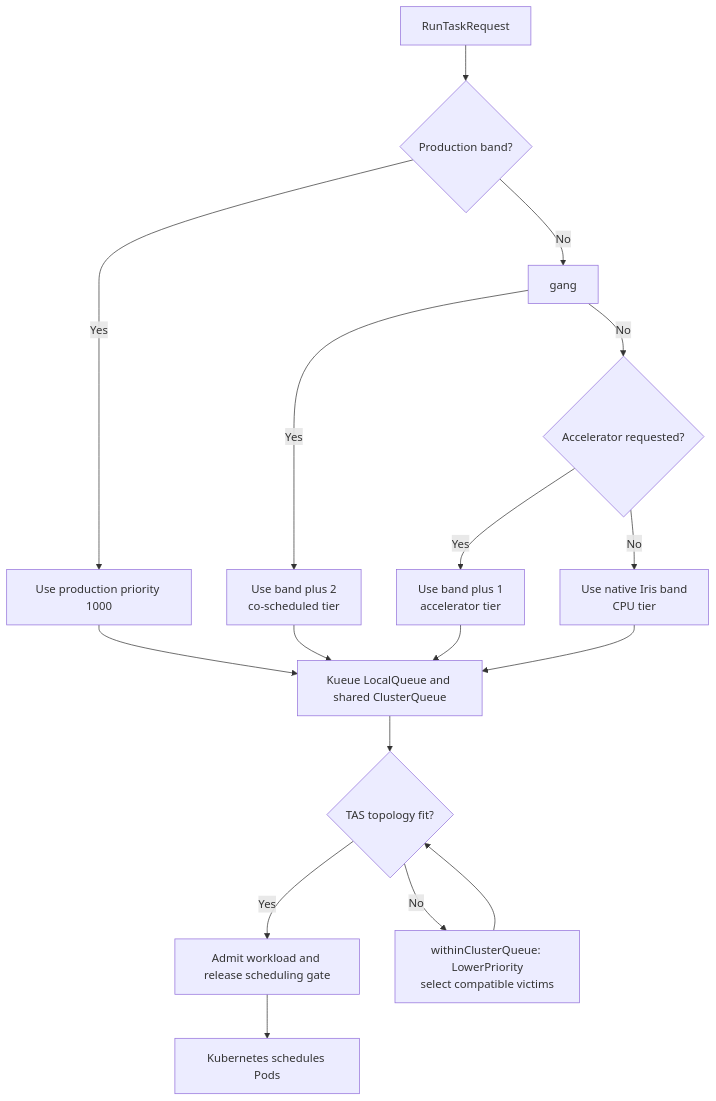
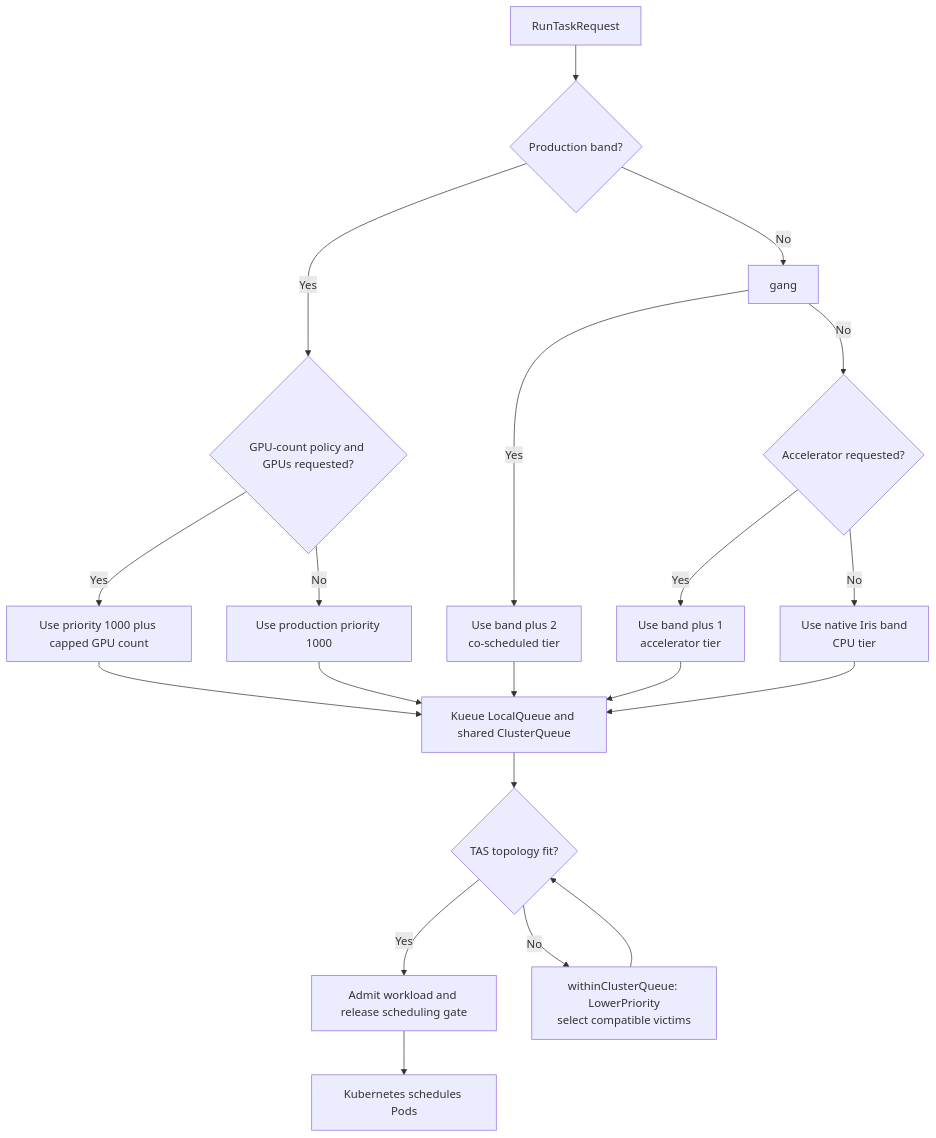
Before and after one commit to marin-community/marin: the diagram in lib/iris/docs/coreweave.md, drawn with Mermaid. The commit also changed other lines of this file and 8 other files, not shown here.

First line of the commit message:
[iris] Prioritize East08 production workloads by GPU count

````diff
--- a/lib/iris/docs/coreweave.md
+++ b/lib/iris/docs/coreweave.md
@@ -190,19 +199,22 @@
 ```mermaid
 flowchart TD
     request[RunTaskRequest] --> production{Production band?}
-    production -- Yes --> prod[Use production priority 1000]
+    production -- Yes --> gpuPolicy{GPU-count policy and GPUs requested?}
+    gpuPolicy -- Yes --> weighted[Use priority 1000 plus capped GPU count]
+    gpuPolicy -- No --> prod[Use production priority 1000]
     production -- No --> gang
     gang -- Yes --> native[Use band plus 2<br/>co-scheduled tier]
     gang -- No --> accelerator{Accelerator requested?}
     accelerator -- Yes --> gpu[Use band plus 1<br/>accelerator tier]
     accelerator -- No --> cpu[Use native Iris band<br/>CPU tier]
+    weighted --> queue[Kueue LocalQueue and shared ClusterQueue]
     prod --> queue[Kueue LocalQueue and shared ClusterQueue]
     native --> queue[Kueue LocalQueue and shared ClusterQueue]
     gpu --> queue
     cpu --> queue
     queue --> fit{TAS topology fit?}
     fit -- Yes --> admit[Admit workload and release scheduling gate]
     fit -- No --> preempt[withinClusterQueue: LowerPriority<br/>select compatible victims]
     preempt --> fit
     admit --> schedule[Kubernetes schedules Pods]
 ```
````
